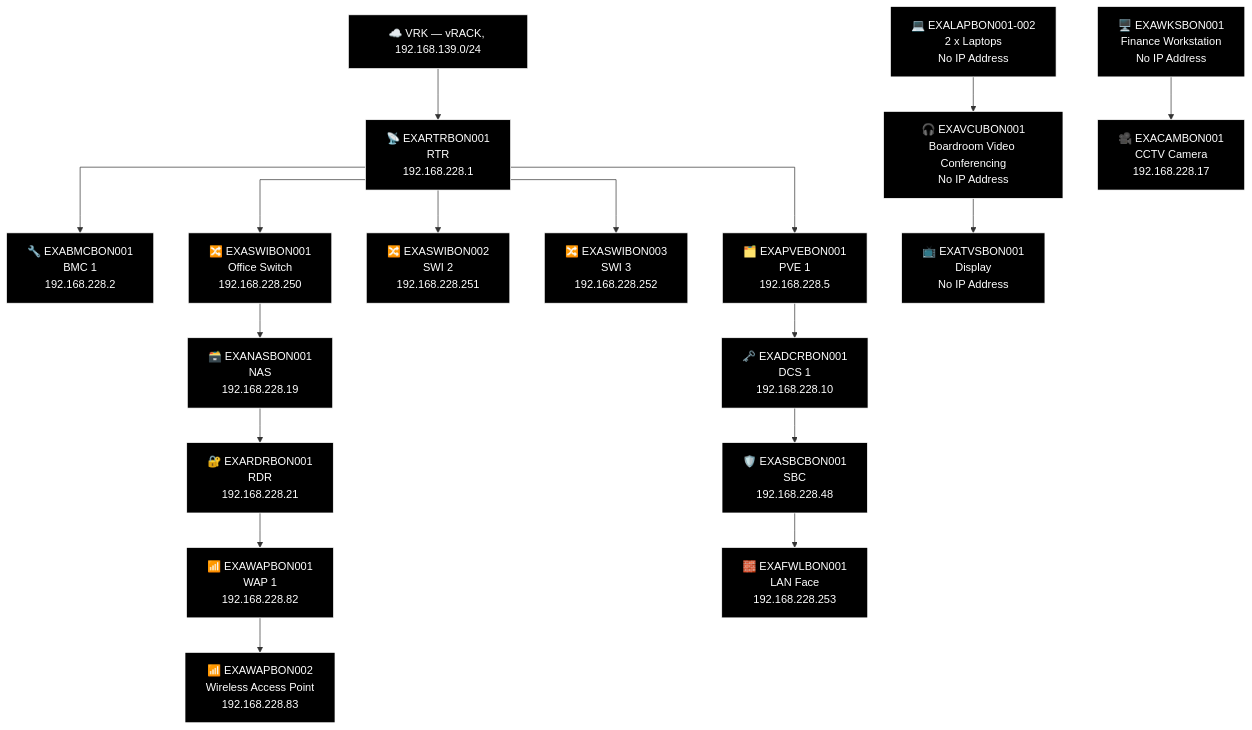
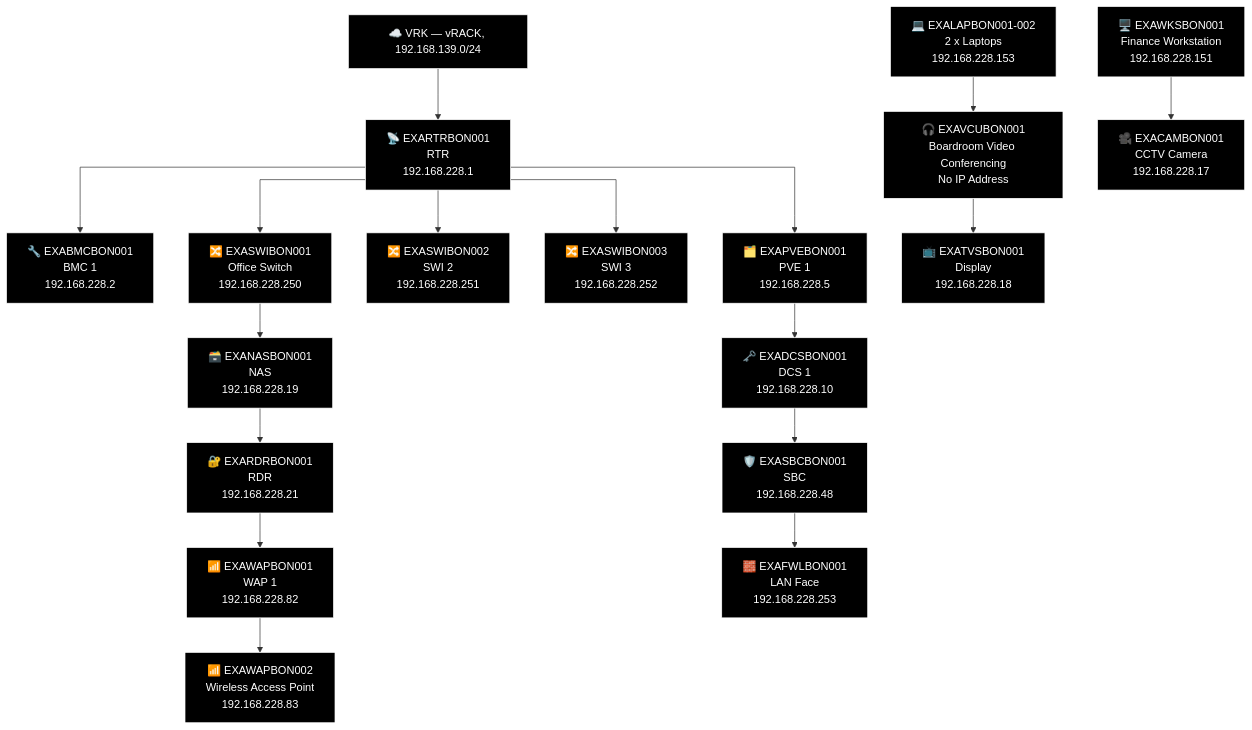
Before and after one commit to knightmare2600/example_music_infra: the third of 13 diagrams in docs/network-diagram/deutschland.md, drawn with Mermaid. The commit also changed other lines of this file and 11 other files, not shown here.

````diff
--- a/docs/network-diagram/deutschland.md
+++ b/docs/network-diagram/deutschland.md
@@ -103,54 +103,54 @@
 ```mermaid
 %% GENERATED:TOPOLOGY:BON:START
 %%{init: {'flowchart': {'curve': 'stepAfter'}}}%%
 graph TD
     T_VRK["☁️ VRK — vRACK, 192.168.139.0/24"]
     T_RTR["📡 EXARTRBON001<br/>RTR<br/>192.168.228.1"]
     T_VRK --> T_RTR
     T_BMC["🔧 EXABMCBON001<br/>BMC 1<br/>192.168.228.2"]
     T_RTR --> T_BMC
     T_PVE["🗂️ EXAPVEBON001<br/>PVE 1<br/>192.168.228.5"]
     T_RTR --> T_PVE
     T_SWI["🔀 EXASWIBON002<br/>SWI 2<br/>192.168.228.251"]
     T_RTR --> T_SWI
     T_SWI2["🔀 EXASWIBON003<br/>SWI 3<br/>192.168.228.252"]
     T_RTR --> T_SWI2
     T_SWI3["🔀 EXASWIBON001<br/>Office Switch<br/>192.168.228.250"]
     T_RTR --> T_SWI3
     T_NAS["🗃️ EXANASBON001<br/>NAS<br/>192.168.228.19"]
     T_RDR["🔐 EXARDRBON001<br/>RDR<br/>192.168.228.21"]
     T_WAP["📶 EXAWAPBON001<br/>WAP 1<br/>192.168.228.82"]
     T_WAP2["📶 EXAWAPBON002<br/>Wireless Access Point<br/>192.168.228.83"]
     T_SWI3 --> T_NAS --> T_RDR --> T_WAP --> T_WAP2
-    T_DCS["🗝️ EXADCRBON001<br/>DCS 1<br/>192.168.228.10"]
+    T_DCS["🗝️ EXADCSBON001<br/>DCS 1<br/>192.168.228.10"]
     T_SBC["🛡️ EXASBCBON001<br/>SBC<br/>192.168.228.48"]
     T_FWL["🧱 EXAFWLBON001<br/>LAN Face<br/>192.168.228.253"]
     T_PVE --> T_DCS --> T_SBC --> T_FWL
-    T_OTH_LAP["💻 EXALAPBON001-002<br/>2 x Laptops<br/>No IP Address"]
-    T_WKS["🖥️ EXAWKSBON001<br/>Finance Workstation<br/>No IP Address"]
+    T_OTH_LAP["💻 EXALAPBON001-002<br/>2 x Laptops<br/>192.168.228.153"]
+    T_WKS["🖥️ EXAWKSBON001<br/>Finance Workstation<br/>192.168.228.151"]
     T_VCU["🎧 EXAVCUBON001<br/>Boardroom Video Conferencing<br/>No IP Address"]
     T_CAM["🎥 EXACAMBON001<br/>CCTV Camera<br/>192.168.228.17"]
-    T_TVS["📺 EXATVSBON001<br/>Display<br/>No IP Address"]
+    T_TVS["📺 EXATVSBON001<br/>Display<br/>192.168.228.18"]
     T_OTH_LAP --> T_VCU --> T_TVS
     T_WKS --> T_CAM
     style T_VRK fill:#000000,stroke:#FFFFFF,color:#FFFFFF
     style T_RTR fill:#000000,stroke:#FFFFFF,color:#FFFFFF
     style T_BMC fill:#000000,stroke:#FFFFFF,color:#FFFFFF
     style T_PVE fill:#000000,stroke:#FFFFFF,color:#FFFFFF
     style T_SWI fill:#000000,stroke:#FFFFFF,color:#FFFFFF
     style T_SWI2 fill:#000000,stroke:#FFFFFF,color:#FFFFFF
     style T_SWI3 fill:#000000,stroke:#FFFFFF,color:#FFFFFF
     style T_NAS fill:#000000,stroke:#FFFFFF,color:#FFFFFF
     style T_RDR fill:#000000,stroke:#FFFFFF,color:#FFFFFF
     style T_WAP fill:#000000,stroke:#FFFFFF,color:#FFFFFF
     style T_WAP2 fill:#000000,stroke:#FFFFFF,color:#FFFFFF
     style T_DCS fill:#000000,stroke:#FFFFFF,color:#FFFFFF
     style T_SBC fill:#000000,stroke:#FFFFFF,color:#FFFFFF
     style T_FWL fill:#000000,stroke:#FFFFFF,color:#FFFFFF
     style T_OTH_LAP fill:#000000,stroke:#FFFFFF,color:#FFFFFF
     style T_WKS fill:#000000,stroke:#FFFFFF,color:#FFFFFF
     style T_VCU fill:#000000,stroke:#FFFFFF,color:#FFFFFF
     style T_CAM fill:#000000,stroke:#FFFFFF,color:#FFFFFF
     style T_TVS fill:#000000,stroke:#FFFFFF,color:#FFFFFF
 %% GENERATED:TOPOLOGY:BON:END
 ```
````
